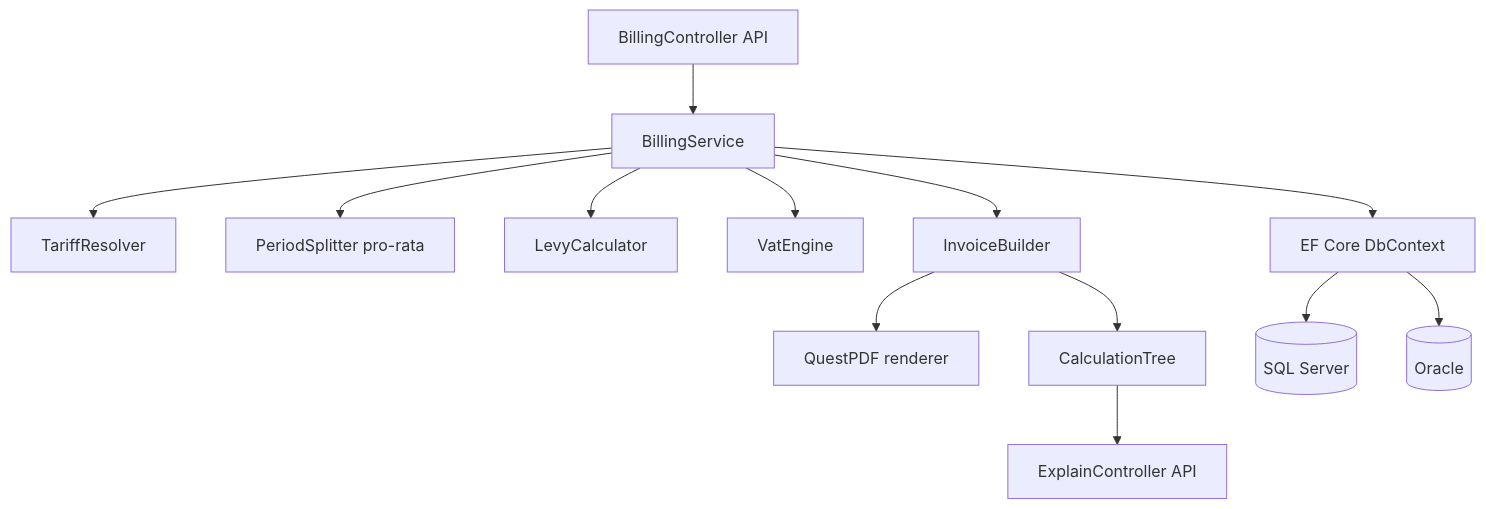
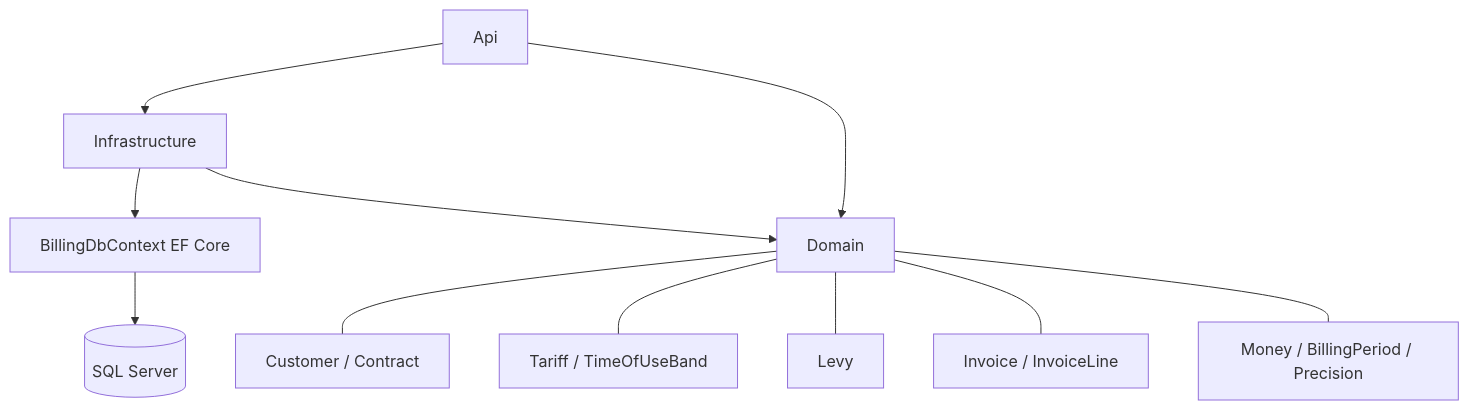
The diagram in README.md (hanan-raza/energy-billing-engine), drawn with Mermaid before and after one commit. The commit also changed other lines of this file, not shown here.

Commit message:
docs: describe built domain model and planned billing features in README

````diff
--- a/README.md
+++ b/README.md
@@ -38,15 +49,13 @@
 ```mermaid
 graph TD
-    A[BillingController API] --> B[BillingService]
-    B --> C[TariffResolver]
-    B --> D[PeriodSplitter pro-rata]
-    B --> E[LevyCalculator]
-    B --> F[VatEngine]
-    B --> G[InvoiceBuilder]
-    G --> H[QuestPDF renderer]
-    G --> I[CalculationTree]
-    B --> J[EF Core DbContext]
-    J --> K[(SQL Server)]
-    J --> L[(Oracle)]
-    I --> M[ExplainController API]
+    A[Api] --> C[Infrastructure]
+    C --> D[BillingDbContext EF Core]
+    D --> E[(SQL Server)]
+    C --> B[Domain]
+    A --> B
+    B --- B1[Customer / Contract]
+    B --- B2[Tariff / TimeOfUseBand]
+    B --- B3[Levy]
+    B --- B4[Invoice / InvoiceLine]
+    B --- B5[Money / BillingPeriod / Precision]
 ```
````
